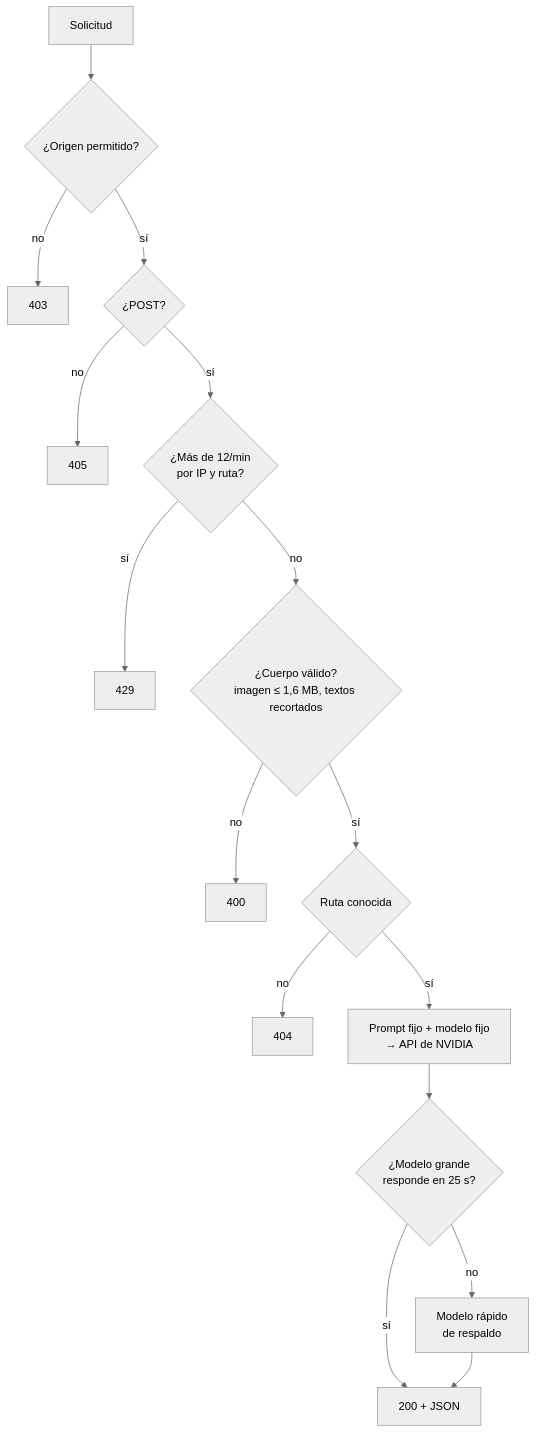
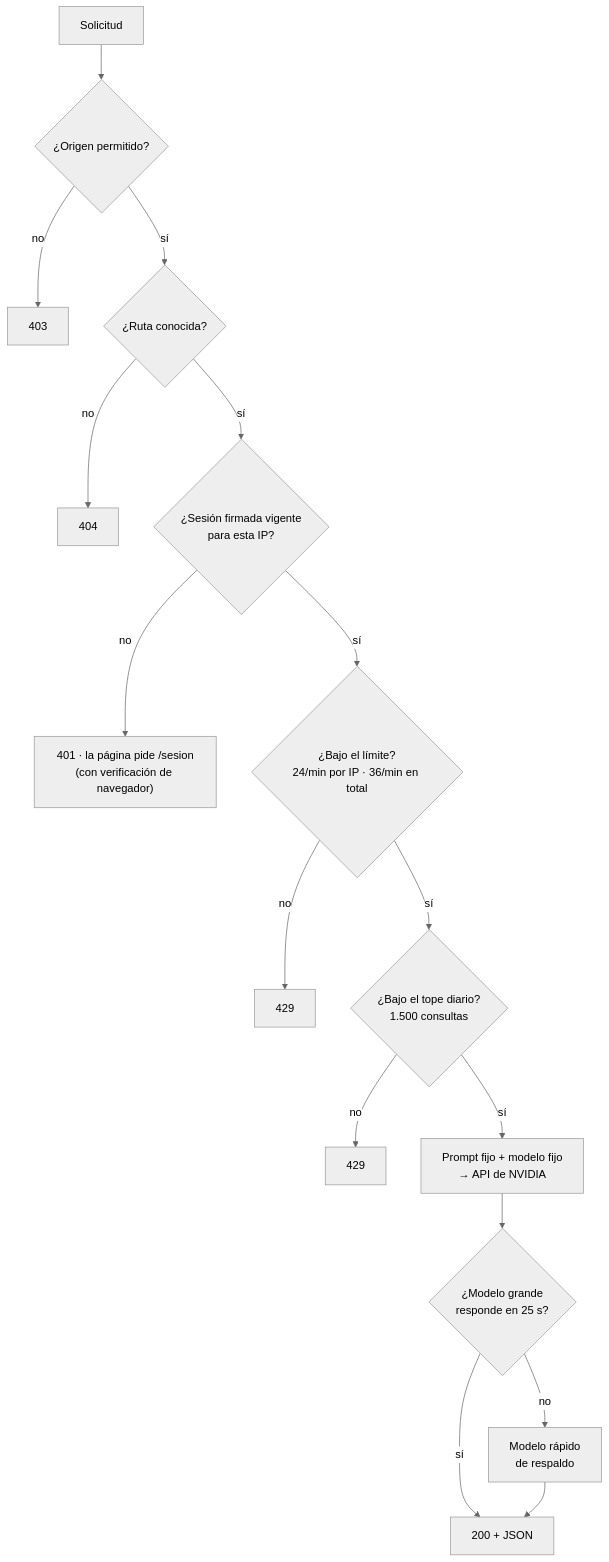
One commit to JSNN15/nv-gateway changed the diagram in README.md. Above: the diagram before and after it, drawn with Mermaid (neutral theme). The commit also changed other lines of this file and 3 other files, not shown here.

Commit message:
Sesión obligatoria; README y wrangler.toml con las defensas nuevas

````diff
--- a/README.md
+++ b/README.md
@@ -42,17 +42,17 @@
 ```mermaid
 flowchart TD
     R[Solicitud] --> O{¿Origen permitido?}
     O -->|no| X1[403]
-    O -->|sí| M{¿POST?}
-    M -->|no| X2[405]
-    M -->|sí| L{"¿Más de 12/min<br/>por IP y ruta?"}
-    L -->|sí| X3[429]
-    L -->|no| V{"¿Cuerpo válido?<br/>imagen ≤ 1,6 MB, textos recortados"}
-    V -->|no| X4[400]
-    V -->|sí| RT{Ruta conocida}
+    O -->|sí| RT{¿Ruta conocida?}
     RT -->|no| X5[404]
-    RT -->|sí| N["Prompt fijo + modelo fijo<br/>→ API de NVIDIA"]
+    RT -->|sí| S{"¿Sesión firmada vigente<br/>para esta IP?"}
+    S -->|no| X2["401 · la página pide /sesion<br/>(con verificación de navegador)"]
+    S -->|sí| L{"¿Bajo el límite?<br/>24/min por IP · 36/min en total"}
+    L -->|no| X3[429]
+    L -->|sí| D{"¿Bajo el tope diario?<br/>1.500 consultas"}
+    D -->|no| X4[429]
+    D -->|sí| N["Prompt fijo + modelo fijo<br/>→ API de NVIDIA"]
     N --> F{"¿Modelo grande<br/>responde en 25 s?"}
     F -->|sí| OK[200 + JSON]
     F -->|no| FB["Modelo rápido<br/>de respaldo"] --> OK
 ```
````
